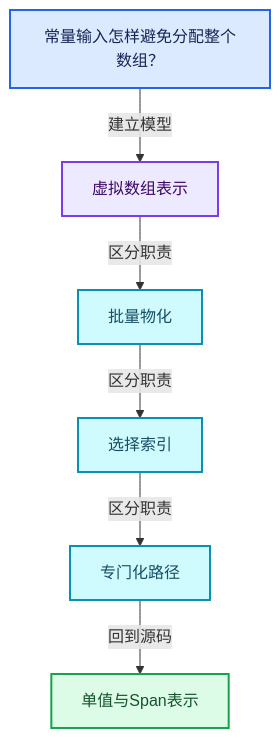
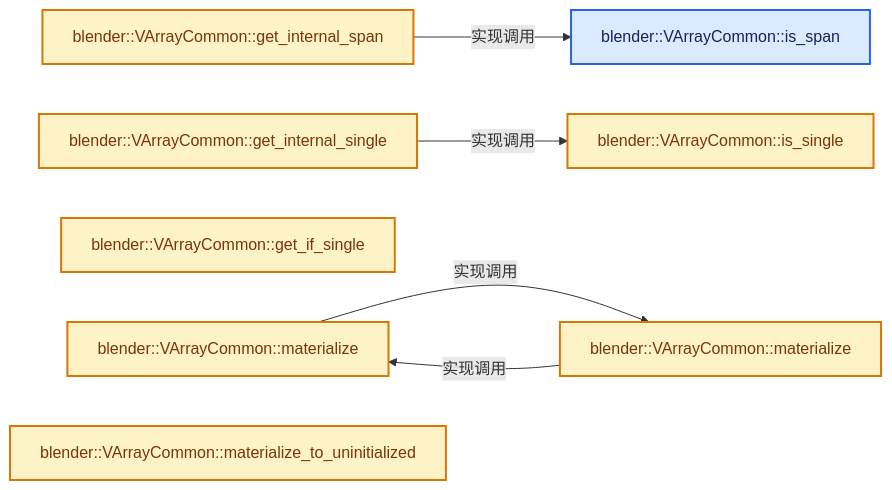
One commit to yunkezengren/blender-.vscode changed the second of 4 diagrams in 杂/markdown/全面学习-codex/04-虚拟数组与索引选择/03-单值与Span表示.md. Above: the diagram before and after it, drawn with Mermaid. The commit also changed other lines of this file and 1930 other files, not shown here.

````diff
--- a/杂/markdown/全面学习-codex/04-虚拟数组与索引选择/03-单值与Span表示.md
+++ b/杂/markdown/全面学习-codex/04-虚拟数组与索引选择/03-单值与Span表示.md
@@ -60,20 +46,21 @@
 ```mermaid
-flowchart TB
-  Q["常量输入怎样避免分配整个数组？"]:::input
-  C0["虚拟数组表示"]:::abstraction
-  C1["批量物化"]:::data
-  C2["选择索引"]:::data
-  C3["专门化路径"]:::data
-  R["单值与Span表示"]:::result
-  Q -->|"建立模型"| C0
-  C0 -->|"区分职责"| C1
-  C1 -->|"区分职责"| C2
-  C2 -->|"区分职责"| C3
-  C3 -->|"回到源码"| R
+flowchart LR
+  F0["blender::VArrayCommon::is_span"]:::input
+  F1["blender::VArrayCommon::get_internal_span"]:::compute
+  F2["blender::VArrayCommon::is_single"]:::compute
+  F3["blender::VArrayCommon::get_internal_single"]:::compute
+  F4["blender::VArrayCommon::get_if_single"]:::compute
+  F5["blender::VArrayCommon::materialize"]:::compute
+  F6["blender::VArrayCommon::materialize"]:::compute
+  F7["blender::VArrayCommon::materialize_to_uninitialized"]:::compute
+  F1 -->|"实现调用"| F0
+  F3 -->|"实现调用"| F2
+  F5 -->|"实现调用"| F6
+  F6 -->|"实现调用"| F5
   classDef input fill:#DBEAFE,stroke:#2563EB,color:#172554,stroke-width:2px;
   classDef data fill:#CFFAFE,stroke:#0891B2,color:#164E63,stroke-width:2px;
   classDef abstraction fill:#EDE9FE,stroke:#7C3AED,color:#3B0764,stroke-width:2px;
   classDef compute fill:#FEF3C7,stroke:#D97706,color:#78350F,stroke-width:2px;
   classDef result fill:#DCFCE7,stroke:#16A34A,color:#14532D,stroke-width:2px;
   classDef error fill:#FEE2E2,stroke:#DC2626,color:#7F1D1D,stroke-width:2px;
 ```
````
